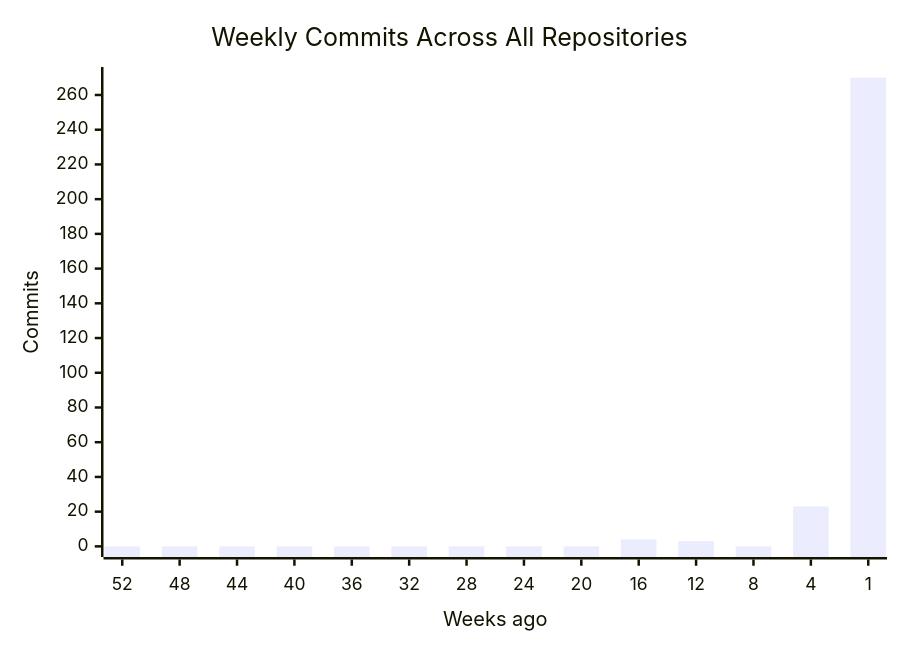
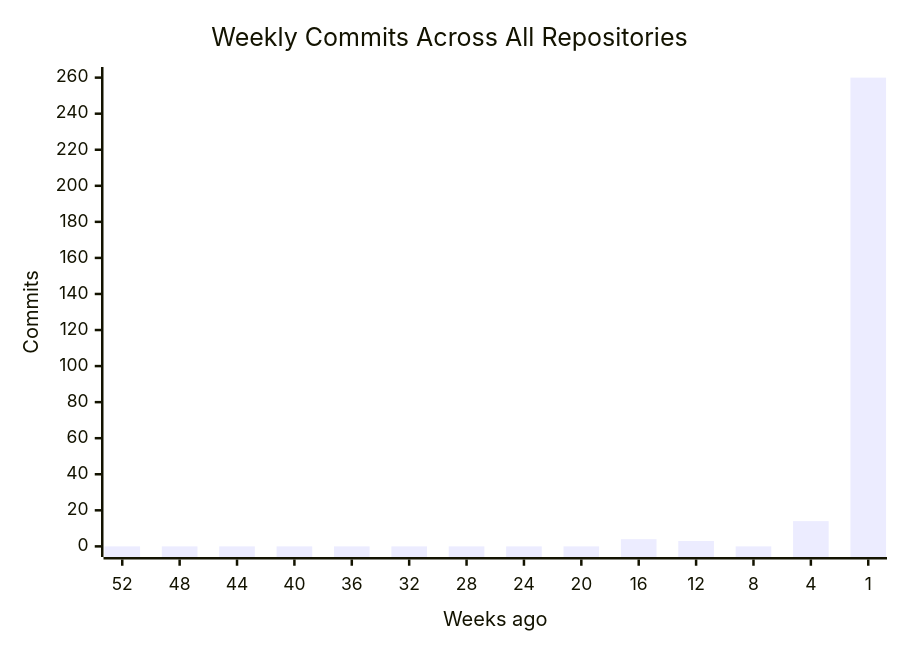
One commit to CSTH-Projects/.github changed the first of 4 diagrams in profile/README.md. Above: the diagram before and after it, drawn with Mermaid. The commit also changed other lines of this file, not shown here.

````diff
--- a/profile/README.md
+++ b/profile/README.md
@@ -16,7 +16,7 @@
 ```mermaid
 xychart-beta
     title "Weekly Commits Across All Repositories"
     x-axis "Weeks ago" [52, 48, 44, 40, 36, 32, 28, 24, 20, 16, 12, 8, 4, 1]
     y-axis "Commits"
-    bar [0, 0, 0, 0, 0, 0, 0, 0, 0, 4, 3, 0, 23, 270]
+    bar [0, 0, 0, 0, 0, 0, 0, 0, 0, 4, 3, 0, 14, 260]
 ```
````
